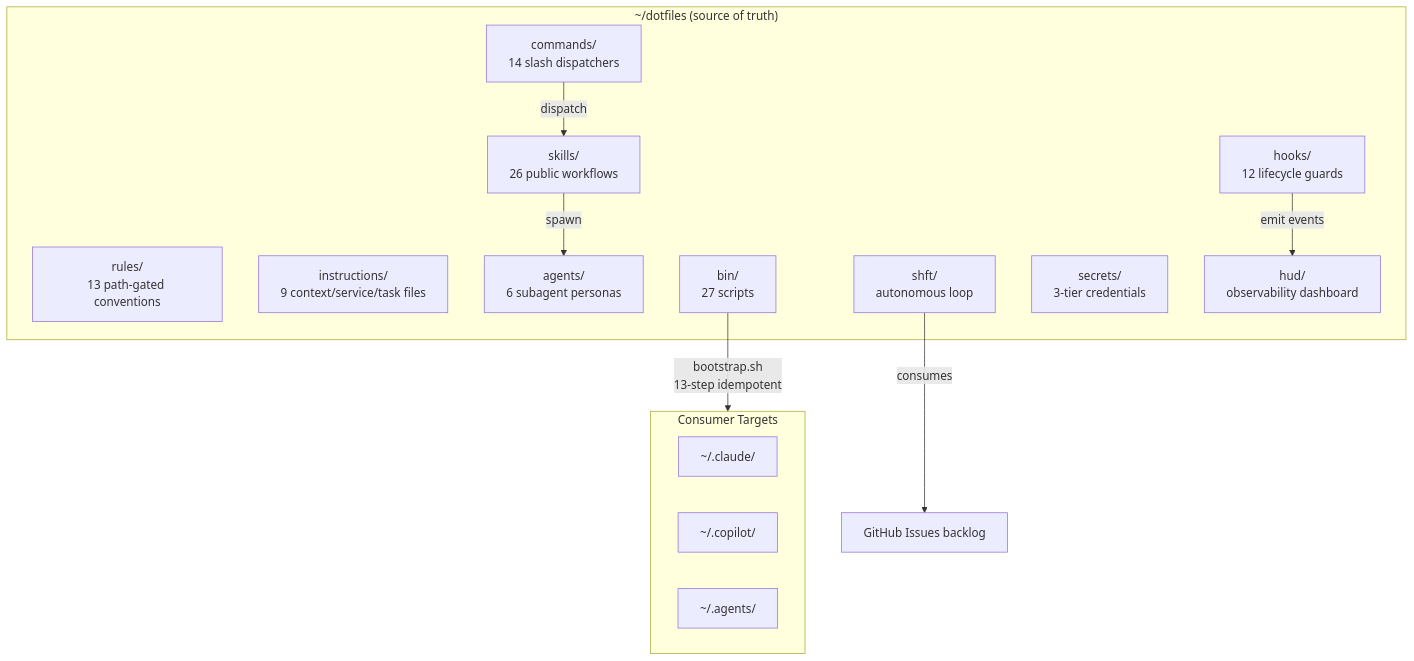
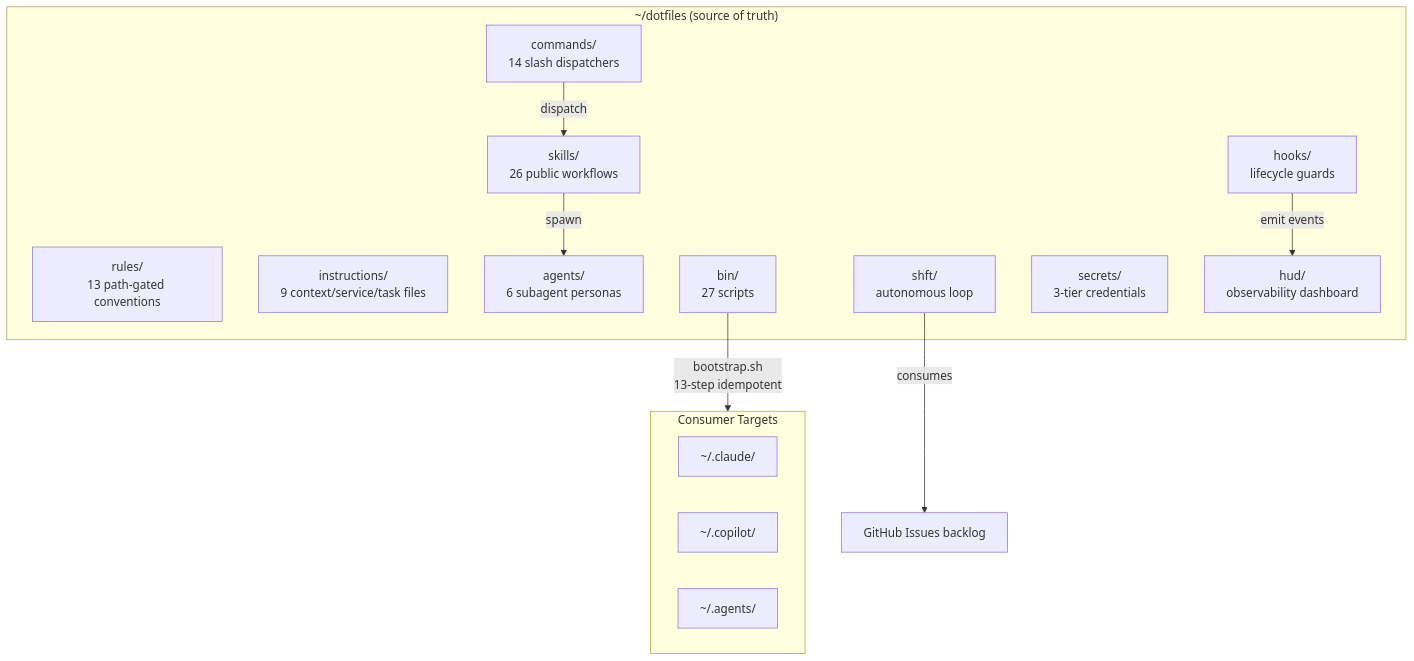
The diagram in docs/ARCHITECTURE.md (arndvs/dotfiles), drawn with Mermaid before and after one commit. The commit also changed 1 other file, not shown here.

Commit message:
fix: scope suppression parser to ## Suppressions section only
- load_suppressions now extracts only the ## Suppressions heading before
  parsing fenced code blocks, so ## Candidates entries stay inactive
- Remove hard-coded hook count from ARCHITECTURE.md diagram to avoid drift

````diff
--- a/docs/ARCHITECTURE.md
+++ b/docs/ARCHITECTURE.md
@@ -12,27 +12,27 @@
 ```mermaid
 graph TB
     subgraph "~/dotfiles (source of truth)"
         RULES["rules/<br/>13 path-gated conventions"]
         INST["instructions/<br/>9 context/service/task files"]
         SKILLS["skills/<br/>26 public workflows"]
         AGENTS["agents/<br/>6 subagent personas"]
         CMDS["commands/<br/>14 slash dispatchers"]
-        HOOKS["hooks/<br/>12 lifecycle guards"]
+        HOOKS["hooks/<br/>lifecycle guards"]
         BIN["bin/<br/>27 scripts"]
         SHFT["shft/<br/>autonomous loop"]
         SECRETS["secrets/<br/>3-tier credentials"]
         HUD["hud/<br/>observability dashboard"]
     end
 
     BIN -->|"bootstrap.sh<br/>13-step idempotent"| CONSUMERS
     subgraph CONSUMERS["Consumer Targets"]
         CLAUDE["~/.claude/"]
         COPILOT["~/.copilot/"]
         AGENTSDIR["~/.agents/"]
     end
 
     CMDS -->|"dispatch"| SKILLS
     SKILLS -->|"spawn"| AGENTS
     HOOKS -->|"emit events"| HUD
     SHFT -->|"consumes"| ISSUES["GitHub Issues backlog"]
 ```
````
